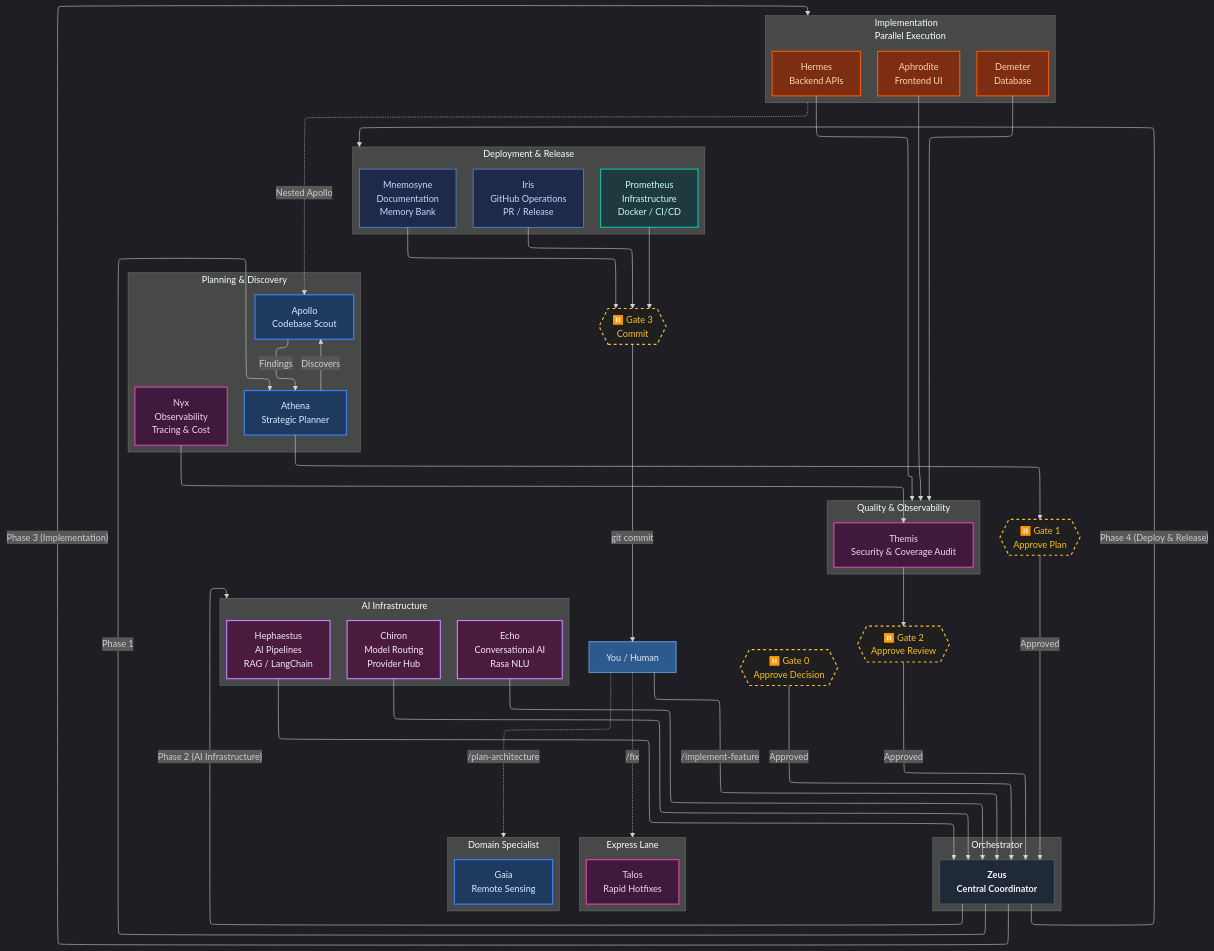
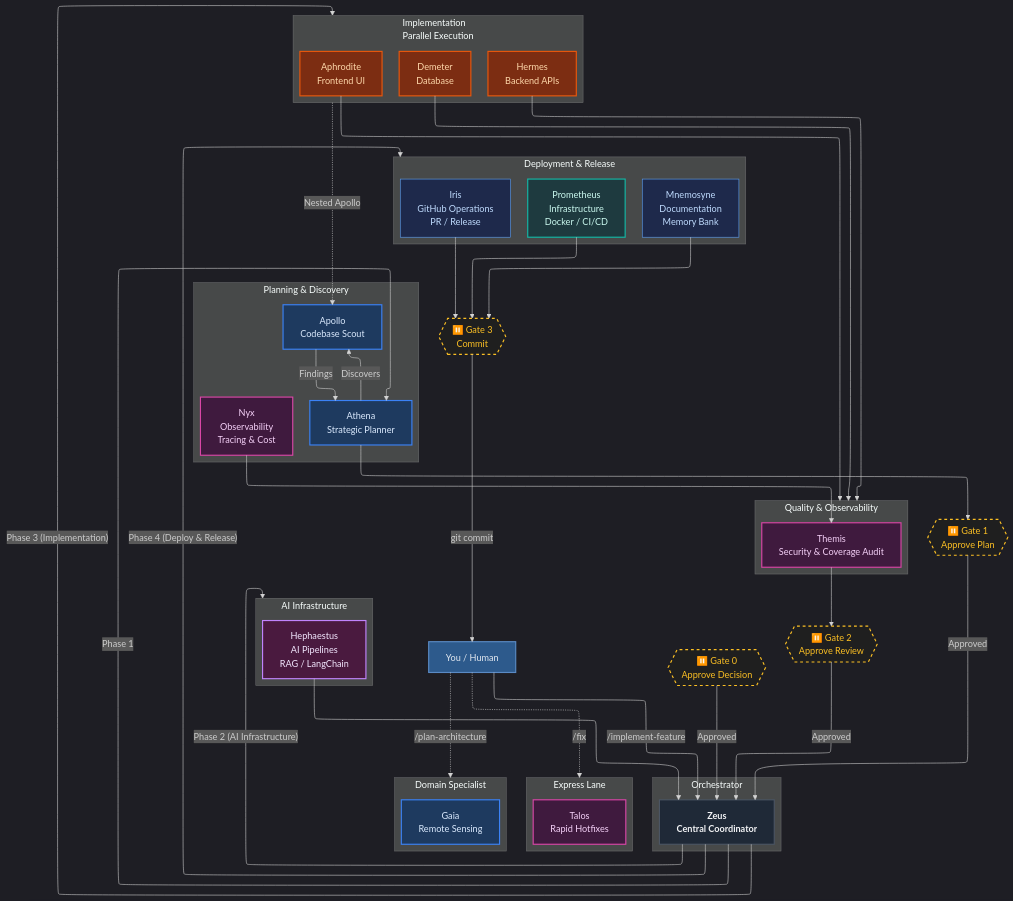
The first of 2 diagrams in README.md (ils15/pantheon), drawn with Mermaid before and after one commit. The commit also changed other lines of this file and 13 other files, not shown here.

```diff
--- a/README.md
+++ b/README.md
@@ -112,8 +112,6 @@
 
     subgraph AI["AI Infrastructure"]
         Hephaestus["Hephaestus<br/>AI Pipelines<br/>RAG / LangChain"]:::ai
-        Chiron["Chiron<br/>Model Routing<br/>Provider Hub"]:::ai
-        Echo["Echo<br/>Conversational AI<br/>Rasa NLU"]:::ai
     end
 
     subgraph Impl["Implementation<br/>Parallel Execution"]
@@ -151,7 +149,7 @@
     Gate1 -->|Approved| Zeus
 
     Zeus -->|"Phase 2 (AI Infrastructure)"| AI
-    Hephaestus & Chiron & Echo --> Zeus
+    Hephaestus --> Zeus
 
     Zeus -->|"Phase 3 (Implementation)"| Impl
     Hermes & Aphrodite & Demeter --> Quality
```
